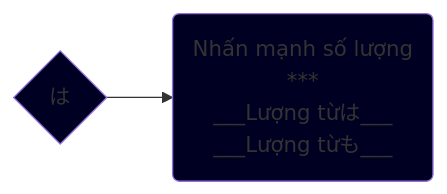
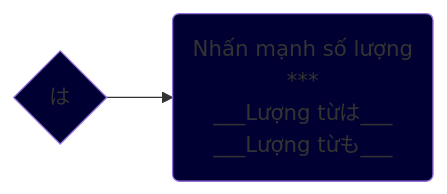
One commit to tea1504/learn changed the diagram in TroTu/は.md. Above: the diagram before and after it, drawn with Mermaid. The commit also changed 14 other files, not shown here.

````diff
--- a/TroTu/は.md
+++ b/TroTu/は.md
@@ -1,9 +1,9 @@
 ```mermaid
 graph LR;
 	tt{は}
 
 	tt-->nhanManhSoLuong(Nhấn mạnh số lượng\n***\n___Lượng từは___\n___Lượng từも___)
 
-	style tt fill:#002
-	style nhanManhSoLuong fill:#002
+	style tt fill:#003
+	style nhanManhSoLuong fill:#003
 ```
````
